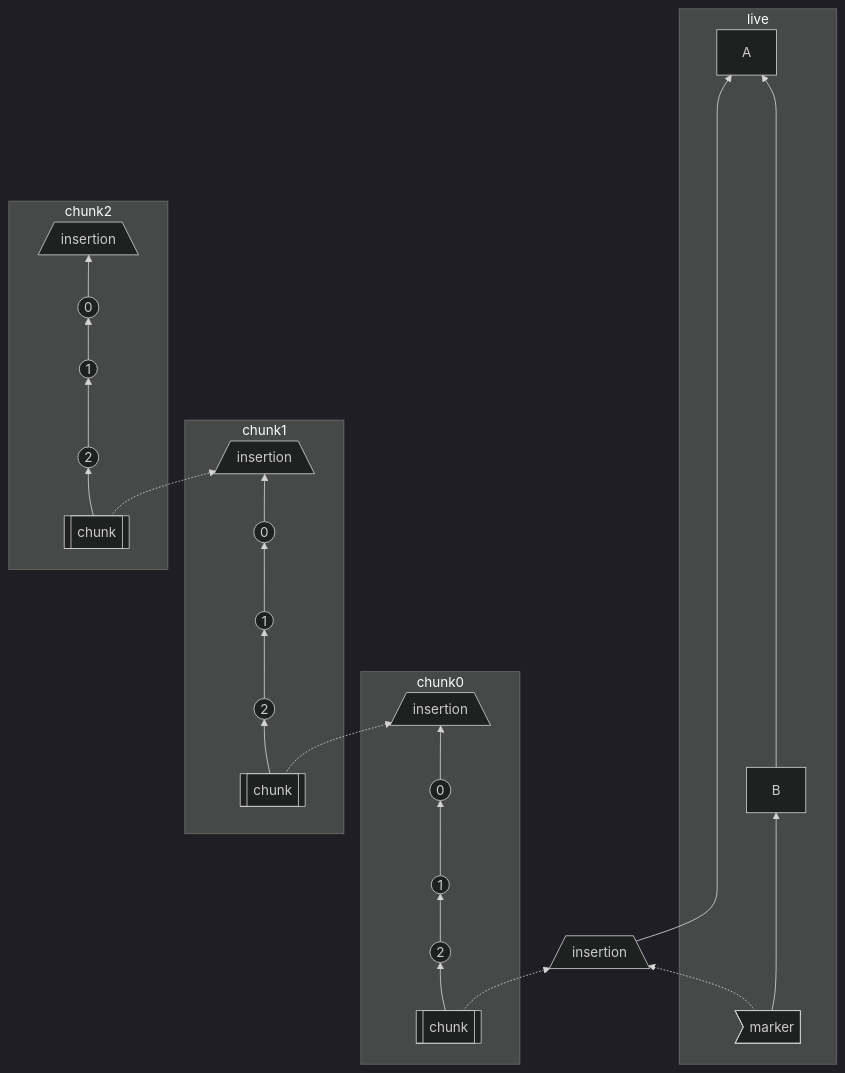
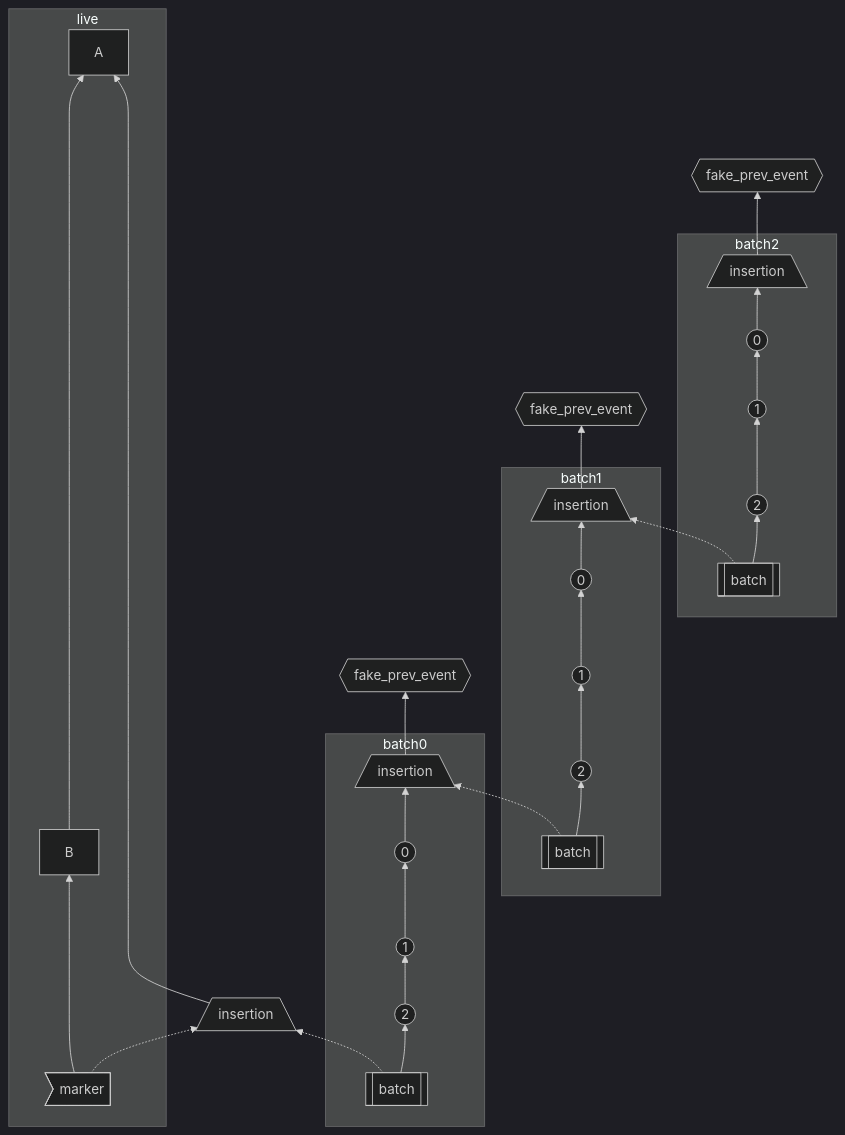
Before and after one commit to matrix-org/matrix-spec-proposals: the third of 3 diagrams in proposals/2716-batch-send-historical-messages.md, drawn with Mermaid (dark theme). The commit also changed other lines of this file, not shown here.

````diff
--- a/proposals/2716-batch-send-historical-messages.md
+++ b/proposals/2716-batch-send-historical-messages.md
@@ -463,25 +468,30 @@
 ```mermaid
 flowchart BT
     subgraph live
         marker1>"marker"] ----> B -----------------> A
     end
     
-    subgraph chunk0
-        chunk0-chunk[["chunk"]] --> chunk0-2(("2")) --> chunk0-1((1)) --> chunk0-0((0)) --> chunk0-insertion[/insertion\]
+    subgraph batch0
+        batch0-batch[["batch"]] --> batch0-2(("2")) --> batch0-1((1)) --> batch0-0((0)) --> batch0-insertion[/insertion\]
     end
 
-    subgraph chunk1
-        chunk1-chunk[["chunk"]] --> chunk1-2(("2")) --> chunk1-1((1)) --> chunk1-0((0)) --> chunk1-insertion[/insertion\]
+    subgraph batch1
+        batch1-batch[["batch"]] --> batch1-2(("2")) --> batch1-1((1)) --> batch1-0((0)) --> batch1-insertion[/insertion\]
     end
     
-    subgraph chunk2
-        chunk2-chunk[["chunk"]] --> chunk2-2(("2")) --> chunk2-1((1)) --> chunk2-0((0)) --> chunk2-insertion[/insertion\]
+    subgraph batch2
+        batch2-batch[["batch"]] --> batch2-2(("2")) --> batch2-1((1)) --> batch2-0((0)) --> batch2-insertion[/insertion\]
     end
 
+
+    batch0-insertion --> fakePrevEvent0{{fake_prev_event}}
+    batch1-insertion --> fakePrevEvent1{{fake_prev_event}}
+    batch2-insertion --> fakePrevEvent2{{fake_prev_event}}
+
     
-    marker1 -.-> chunk0-insertionBase
-    chunk0-insertionBase[/insertion\] -------------> A
-    chunk0-chunk -.-> chunk0-insertionBase[/insertion\]
-    chunk1-chunk -.-> chunk0-insertion
-    chunk2-chunk -.-> chunk1-insertion
+    marker1 -.-> batch0-insertionBase
+    batch0-insertionBase[/insertion\] ---------------> A
+    batch0-batch -.-> batch0-insertionBase[/insertion\]
+    batch1-batch -.-> batch0-insertion
+    batch2-batch -.-> batch1-insertion
 ```
````
